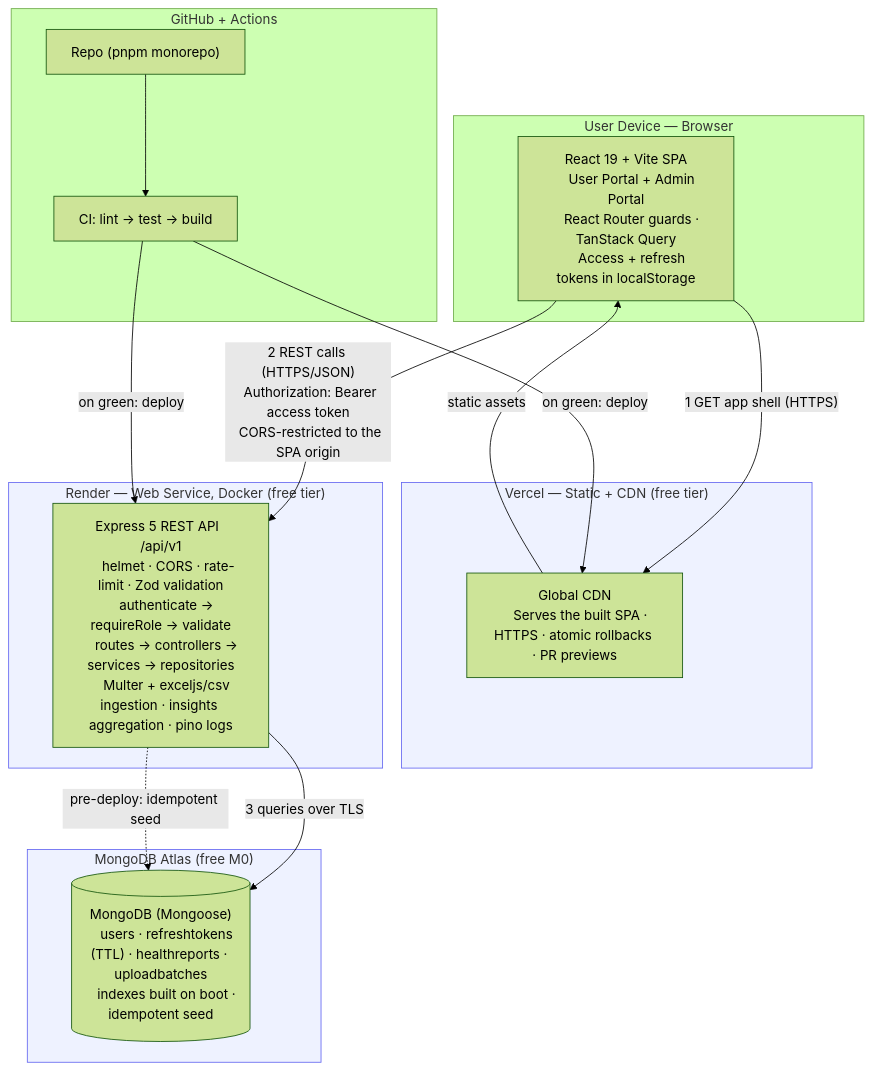
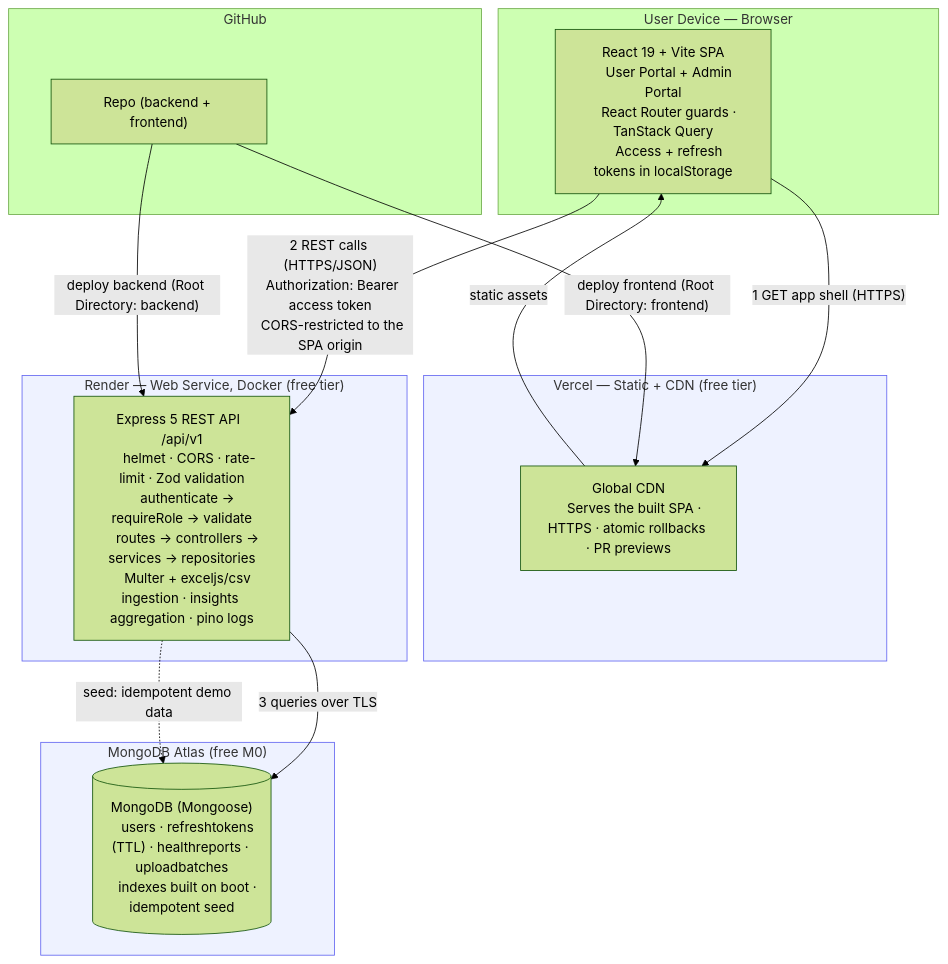
One commit to Ajay7548/Healthify-System changed the first of 3 diagrams in docs/architecture.md. Above: the diagram before and after it, drawn with Mermaid (forest theme). The commit also changed 225 other files, not shown here.

First line of the commit message:
refactor: flatten monorepo into standalone backend/ + frontend/ projects

````diff
--- a/docs/architecture.md
+++ b/docs/architecture.md
@@ -12,48 +12,46 @@
 ```mermaid
 flowchart TB
   subgraph Client["User Device — Browser"]
     SPA["React 19 + Vite SPA
     User Portal + Admin Portal
     React Router guards · TanStack Query
     Access + refresh tokens in localStorage"]
   end
 
   subgraph Vercel["Vercel — Static + CDN (free tier)"]
     CDN["Global CDN
     Serves the built SPA · HTTPS · atomic rollbacks · PR previews"]
   end
 
   subgraph Render["Render — Web Service, Docker (free tier)"]
     API["Express 5 REST API  /api/v1
     helmet · CORS · rate-limit · Zod validation
     authenticate -> requireRole -> validate
     routes -> controllers -> services -> repositories
     Multer + exceljs/csv ingestion · insights aggregation · pino logs"]
   end
 
   subgraph Atlas["MongoDB Atlas (free M0)"]
     DB[("MongoDB (Mongoose)
     users · refreshtokens (TTL) · healthreports · uploadbatches
     indexes built on boot · idempotent seed")]
   end
 
-  subgraph GitHub["GitHub + Actions"]
-    REPO["Repo (pnpm monorepo)"]
-    CI["CI: lint -> test -> build"]
+  subgraph GitHub["GitHub"]
+    REPO["Repo (backend + frontend)"]
   end
 
   SPA -->|"1 GET app shell (HTTPS)"| CDN
   CDN -->|"static assets"| SPA
   SPA -->|"2 REST calls (HTTPS/JSON)
   Authorization: Bearer access token
   CORS-restricted to the SPA origin"| API
   API -->|"3 queries over TLS"| DB
 
-  REPO --> CI
-  CI -->|"on green: deploy"| CDN
-  CI -->|"on green: deploy"| API
-  API -. "pre-deploy: idempotent seed" .-> DB
+  REPO -->|"deploy frontend (Root Directory: frontend)"| CDN
+  REPO -->|"deploy backend (Root Directory: backend)"| API
+  API -. "seed: idempotent demo data" .-> DB
 
   classDef cloud fill:#eef2ff,stroke:#6366f1;
   class Vercel,Render,Atlas cloud;
 ```
````
